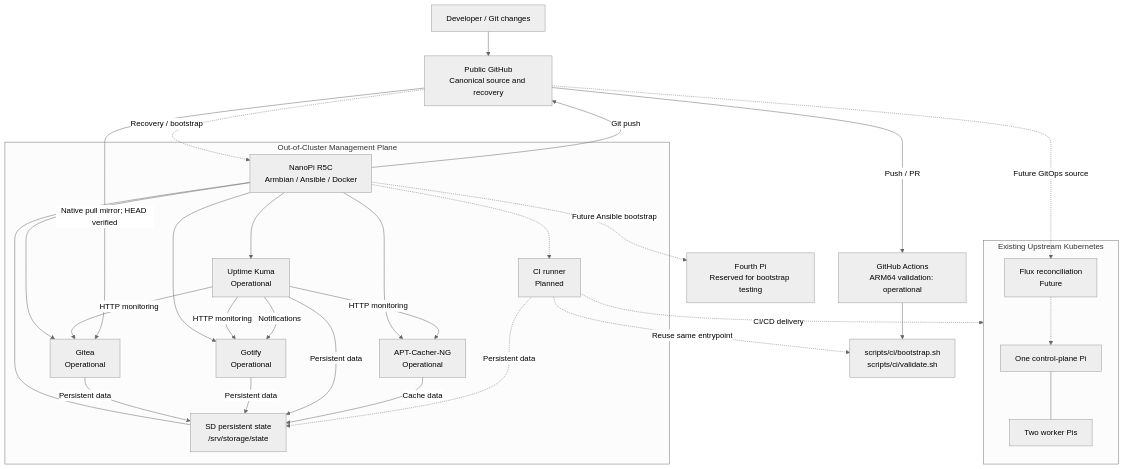
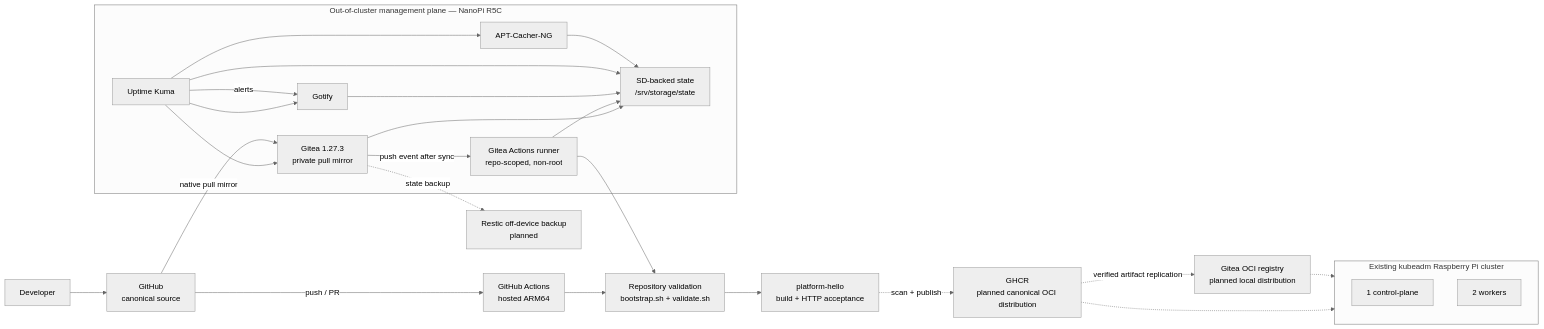
The diagram in README.md (ctalaveraw/arm-homelab-platform), drawn with Mermaid (neutral theme) before and after one commit. The commit also changed other lines of this file and 14 other files, not shown here.

Commit message:
docs: converge platform architecture and delivery state

````diff
--- a/README.md
+++ b/README.md
@@ -50,57 +13,50 @@
 ```mermaid
-flowchart TB
+flowchart LR
+    DEV["Developer"]
+    GH["GitHub<br/>canonical source"]
+    GHCI["GitHub Actions<br/>hosted ARM64"]
+    VALIDATE["Repository validation<br/>bootstrap.sh + validate.sh"]
+    APPTEST["platform-hello<br/>build + HTTP acceptance"]
 
-    DEV["Developer / Git changes"]
-    GH["Public GitHub<br/>Canonical source and recovery"]
-    GHCI["GitHub Actions<br/>ARM64 validation: operational"]
-    CHECKS["scripts/ci/bootstrap.sh<br/>scripts/ci/validate.sh"]
-
-    subgraph MGMT["Out-of-Cluster Management Plane"]
-        R5C["NanoPi R5C<br/>Armbian / Ansible / Docker"]
-        GITEA["Gitea<br/>Operational"]
-        GOTIFY["Gotify<br/>Operational"]
-        KUMA["Uptime Kuma<br/>Operational"]
-        ACNG["APT-Cacher-NG<br/>Operational"]
-        FUTURE["CI runner<br/>Planned"]
-        SD["SD persistent state<br/>/srv/storage/state"]
-
-        R5C --- SD
-        R5C --> GITEA
-        R5C --> GOTIFY
-        R5C --> KUMA
-        R5C --> ACNG
-        R5C -.-> FUTURE
-        GITEA -->|"Persistent data"| SD
-        GOTIFY -->|"Persistent data"| SD
-        KUMA -->|"Persistent data"| SD
-        ACNG -->|"Cache data"| SD
-        KUMA -->|"HTTP monitoring"| GITEA
-        KUMA -->|"HTTP monitoring"| GOTIFY
-        KUMA -->|"HTTP monitoring"| ACNG
-        KUMA -->|"Notifications"| GOTIFY
-        FUTURE -.->|"Persistent data"| SD
+    subgraph MGMT["Out-of-cluster management plane — NanoPi R5C"]
+        GITEA["Gitea 1.27.3<br/>private pull mirror"]
+        RUNNER["Gitea Actions runner<br/>repo-scoped, non-root"]
+        GOTIFY["Gotify"]
+        KUMA["Uptime Kuma"]
+        ACNG["APT-Cacher-NG"]
+        SD["SD-backed state<br/>/srv/storage/state"]
+        GITEA --> SD
+        RUNNER --> SD
+        GOTIFY --> SD
+        KUMA --> SD
+        ACNG --> SD
+        KUMA --> GITEA
+        KUMA --> GOTIFY
+        KUMA --> ACNG
+        KUMA -->|"alerts"| GOTIFY
     end
 
-    subgraph COMPUTE["Existing Upstream Kubernetes"]
-        CP["One control-plane Pi"]
-        WK["Two worker Pis"]
-        FLUX["Flux reconciliation<br/>Future"]
-
-        CP --- WK
-        FLUX -.-> CP
+    subgraph COMPUTE["Existing kubeadm Raspberry Pi cluster"]
+        CP["1 control-plane"]
+        WK["2 workers"]
     end
 
-    SPARE["Fourth Pi<br/>Reserved for bootstrap testing"]
+    GHCR["GHCR<br/>planned canonical OCI distribution"]
+    GREG["Gitea OCI registry<br/>planned local distribution"]
+    BACKUP["Restic off-device backup<br/>planned"]
 
     DEV --> GH
-    R5C -->|"Git push"| GH
-    GH -->|"Native pull mirror; HEAD verified"| GITEA
-    GH -->|"Push / PR"| GHCI
-    GHCI --> CHECKS
-    FUTURE -.->|"Reuse same entrypoint"| CHECKS
-    GH -.->|"Recovery / bootstrap"| R5C
+    GH -->|"push / PR"| GHCI
+    GHCI --> VALIDATE
+    VALIDATE --> APPTEST
 
-    FUTURE -.->|"CI/CD delivery"| COMPUTE
-    GH -.->|"Future GitOps source"| FLUX
-    R5C -.->|"Future Ansible bootstrap"| SPARE
+    GH -->|"native pull mirror"| GITEA
+    GITEA -->|"push event after sync"| RUNNER
+    RUNNER --> VALIDATE
+
+    APPTEST -.->|"scan + publish"| GHCR
+    GHCR -.->|"verified artifact replication"| GREG
+    GHCR -.-> COMPUTE
+    GREG -.-> COMPUTE
+    GITEA -.->|"state backup"| BACKUP
 ```
````
